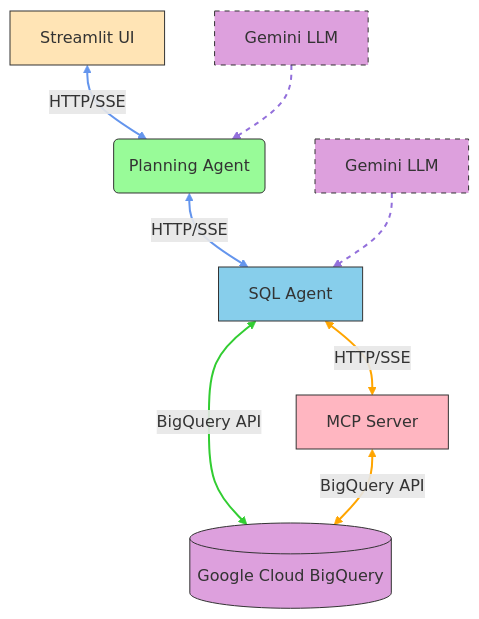
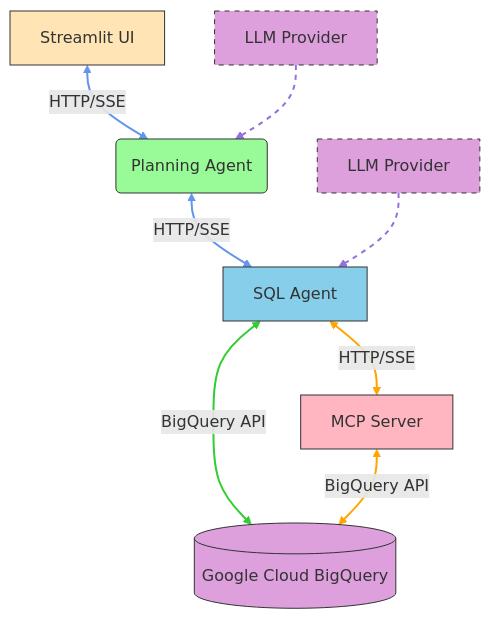
The diagram in README.md (thepowrhouse/bigquery-mcp-sql-generator), drawn with Mermaid before and after one commit. The commit also changed other lines of this file, not shown here.

Commit message:
Updated architecture diagram to reflect multi-LLM provider support
- Modified Mermaid diagram to show generic LLM Provider instead of specific Gemini LLM
- Updated diagram to reflect that either Google Gemini or OpenAI GPT models can be used
- Added explanation of LLM Provider in component list

````diff
--- a/README.md
+++ b/README.md
@@ -40,26 +40,26 @@
 ```mermaid
 graph TD
     A[Streamlit UI] <-- HTTP/SSE --> B(Planning Agent)
     B <-- HTTP/SSE --> C[SQL Agent]
     C <-- BigQuery API --> D[(Google Cloud BigQuery)]
     C <-- HTTP/SSE --> E[MCP Server]
     E <-- BigQuery API --> D
-    F[Gemini LLM] -.-> C
-    G[Gemini LLM] -.-> B
+    F[LLM Provider] -.-> C
+    G[LLM Provider] -.-> B
 
     style A fill:#FFE4B5,stroke:#333
     style B fill:#98FB98,stroke:#333
     style C fill:#87CEEB,stroke:#333
     style E fill:#FFB6C1,stroke:#333
     style D fill:#DDA0DD,stroke:#333
     style F fill:#DDA0DD,stroke:#333,stroke-dasharray: 5 5
     style G fill:#DDA0DD,stroke:#333,stroke-dasharray: 5 5
 
     linkStyle 0 stroke:#6495ED,stroke-width:2px
     linkStyle 1 stroke:#6495ED,stroke-width:2px
     linkStyle 2 stroke:#32CD32,stroke-width:2px
     linkStyle 3 stroke:#FFA500,stroke-width:2px
     linkStyle 4 stroke:#FFA500,stroke-width:2px
     linkStyle 5 stroke:#9370DB,stroke-width:2px,stroke-dasharray: 5 5
     linkStyle 6 stroke:#9370DB,stroke-width:2px,stroke-dasharray: 5 5
 ```
````
